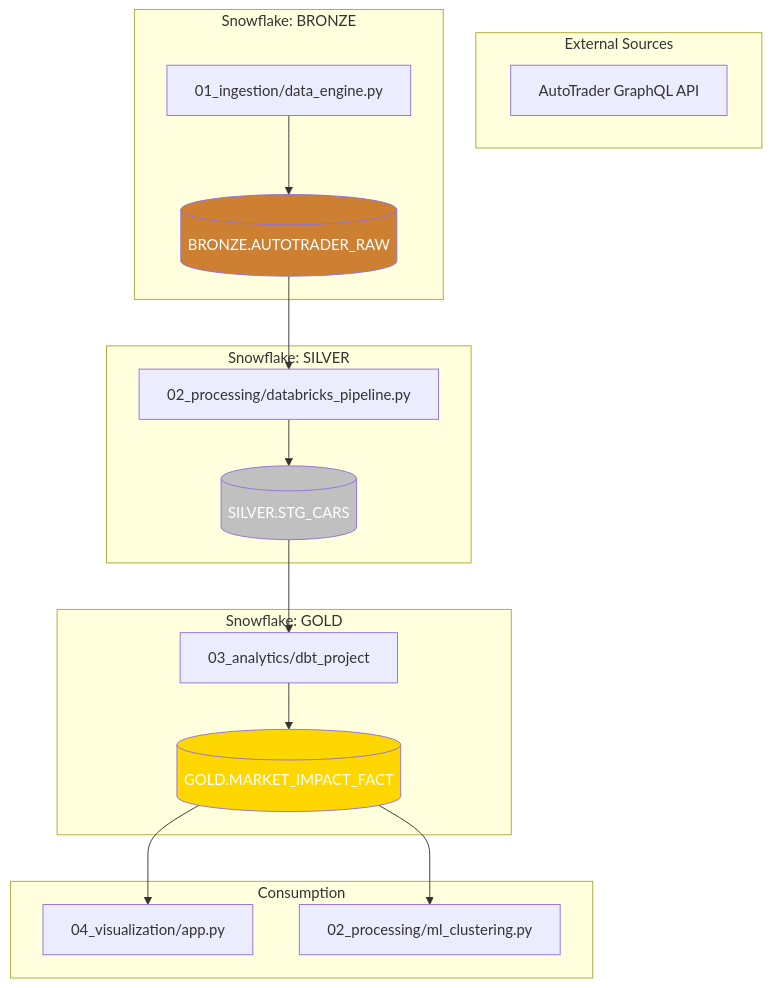
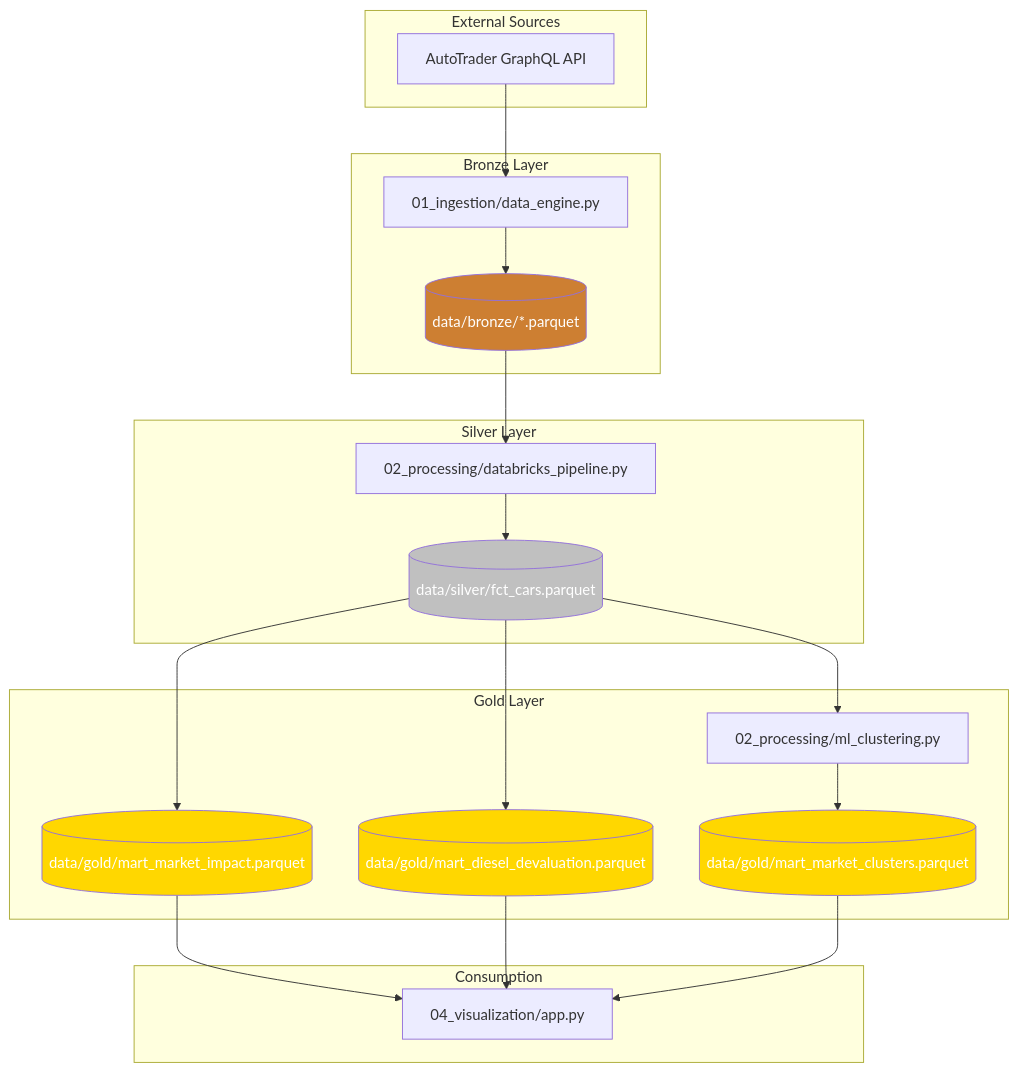
One commit to S4LL77/Ulez-Project-azure-databricks changed the diagram in docs/DATA_LINEAGE.md. Above: the diagram before and after it, drawn with Mermaid. The commit also changed other lines of this file and 17 other files, not shown here.

Commit message:
Refactor: Professional polish, fix bugs, rewrite architecture docs, and improve ML clustering

````diff
--- a/docs/DATA_LINEAGE.md
+++ b/docs/DATA_LINEAGE.md
@@ -5,29 +5,36 @@
 ```mermaid
 graph TD
     subgraph "External Sources"
         AT[AutoTrader GraphQL API]
     end
 
-    subgraph "Snowflake: BRONZE"
-        E1[01_ingestion/data_engine.py] --> B1[(BRONZE.AUTOTRADER_RAW)]
+    subgraph "Bronze Layer"
+        E1[01_ingestion/data_engine.py] --> B1[(data/bronze/*.parquet)]
     end
 
-    subgraph "Snowflake: SILVER"
+    subgraph "Silver Layer"
         B1 --> DB[02_processing/databricks_pipeline.py]
-        DB --> S1[(SILVER.STG_CARS)]
+        DB --> S1[(data/silver/fct_cars.parquet)]
     end
 
-    subgraph "Snowflake: GOLD"
-        S1 --> DBT[03_analytics/dbt_project]
-        DBT --> G1[(GOLD.MARKET_IMPACT_FACT)]
+    subgraph "Gold Layer"
+        S1 --> G1[(data/gold/mart_market_impact.parquet)]
+        S1 --> G2[(data/gold/mart_diesel_devaluation.parquet)]
+        S1 --> ML[02_processing/ml_clustering.py]
+        ML --> G3[(data/gold/mart_market_clusters.parquet)]
     end
 
     subgraph "Consumption"
         G1 --> APP[04_visualization/app.py]
-        G1 --> ML[02_processing/ml_clustering.py]
+        G2 --> APP
+        G3 --> APP
     end
+
+    AT --> E1
 
     style B1 fill:#CD7F32,color:#fff
     style S1 fill:#C0C0C0,color:#fff
     style G1 fill:#FFD700,color:#fff
+    style G2 fill:#FFD700,color:#fff
+    style G3 fill:#FFD700,color:#fff
 ```
````
